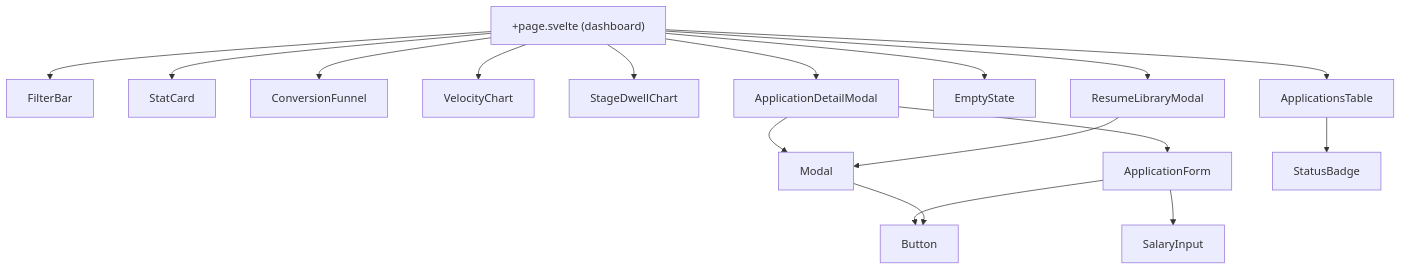
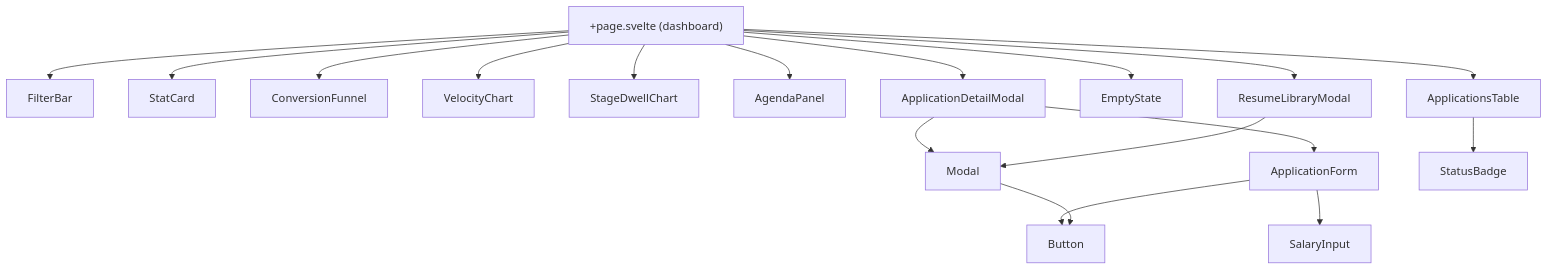
Before and after one commit to c0k0n/job-tracker: the first of 4 diagrams in docs/components.md, drawn with Mermaid. The commit also changed other lines of this file and 28 other files, not shown here.

````diff
--- a/docs/components.md
+++ b/docs/components.md
@@ -7,19 +7,20 @@
 ```mermaid
 flowchart TD
     P["+page.svelte (dashboard)"] --> FB["FilterBar"]
     P --> SC["StatCard"]
     P --> CF["ConversionFunnel"]
     P --> VC["VelocityChart"]
     P --> SD["StageDwellChart"]
+    P --> AG["AgendaPanel"]
     P --> AT["ApplicationsTable"]
     P --> ES["EmptyState"]
     P --> DM["ApplicationDetailModal"]
     P --> RM["ResumeLibraryModal"]
     DM --> M["Modal"]
     RM --> M
     DM --> AF["ApplicationForm"]
     AF --> SI["SalaryInput"]
     AF --> B["Button"]
     AT --> SB["StatusBadge"]
     M --> B
 ```
````
